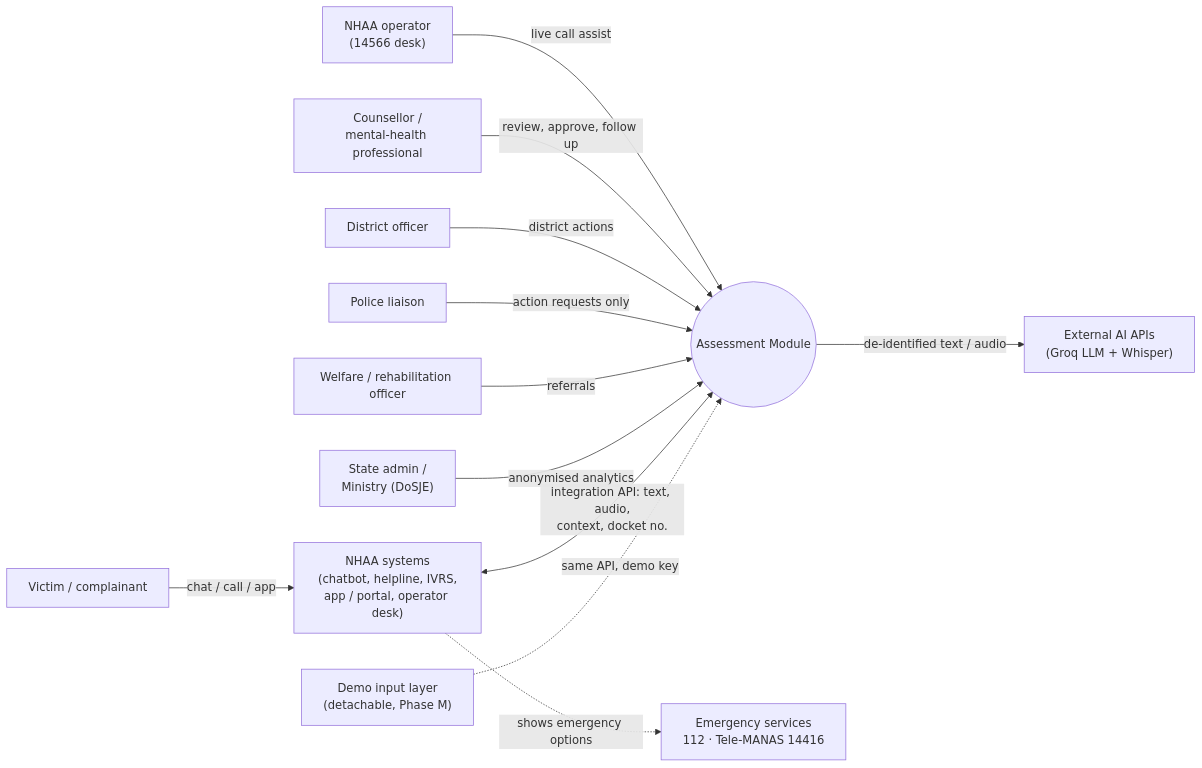
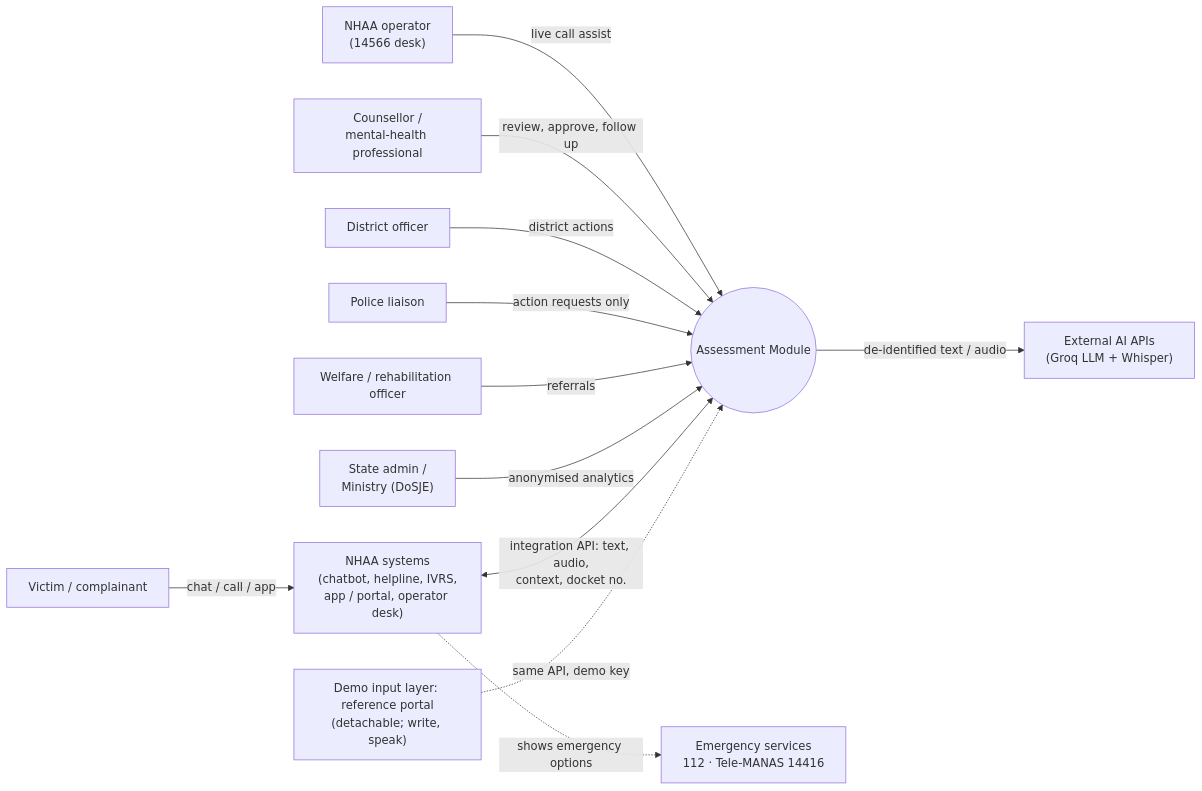
Before and after one commit to anushkaa2205/AI-Based-Real-Time-Stress-and-Trauma-Assessment-Module: the first of 12 diagrams in docs/ARCHITECTURE.md, drawn with Mermaid. The commit also changed other lines of this file and 6 other files, not shown here.

Commit message:
docs: Phase P spec in vision, CLAUDE.md, requirements, contracts, architecture and plan (P.1)

````diff
--- a/docs/ARCHITECTURE.md
+++ b/docs/ARCHITECTURE.md
@@ -57,27 +57,27 @@
 ```mermaid
 flowchart LR
     V["Victim / complainant"]
     OP["NHAA operator<br/>(14566 desk)"]
     CO["Counsellor /<br/>mental-health professional"]
     DO["District officer"]
     PL["Police liaison"]
     WO["Welfare / rehabilitation officer"]
     SM["State admin /<br/>Ministry (DoSJE)"]
     SYS(("Assessment Module"))
     NHAA["NHAA systems<br/>(chatbot, helpline, IVRS,<br/>app / portal, operator desk)"]
-    DEMO["Demo input layer<br/>(detachable, Phase M)"]
+    DEMO["Demo input layer: reference portal<br/>(detachable; write, speak)"]
     AI["External AI APIs<br/>(Groq LLM + Whisper)"]
     EM["Emergency services<br/>112 · Tele-MANAS 14416"]
 
     V -- "chat / call / app" --> NHAA
     OP -- "live call assist" --> SYS
     CO -- "review, approve, follow up" --> SYS
     DO -- "district actions" --> SYS
     PL -- "action requests only" --> SYS
     WO -- "referrals" --> SYS
     SM -- "anonymised analytics" --> SYS
     NHAA <-- "integration API: text, audio,<br/>context, docket no." --> SYS
     DEMO -. "same API, demo key" .-> SYS
     SYS -- "de-identified text / audio" --> AI
     NHAA -. "shows emergency options" .-> EM
 ```
````
